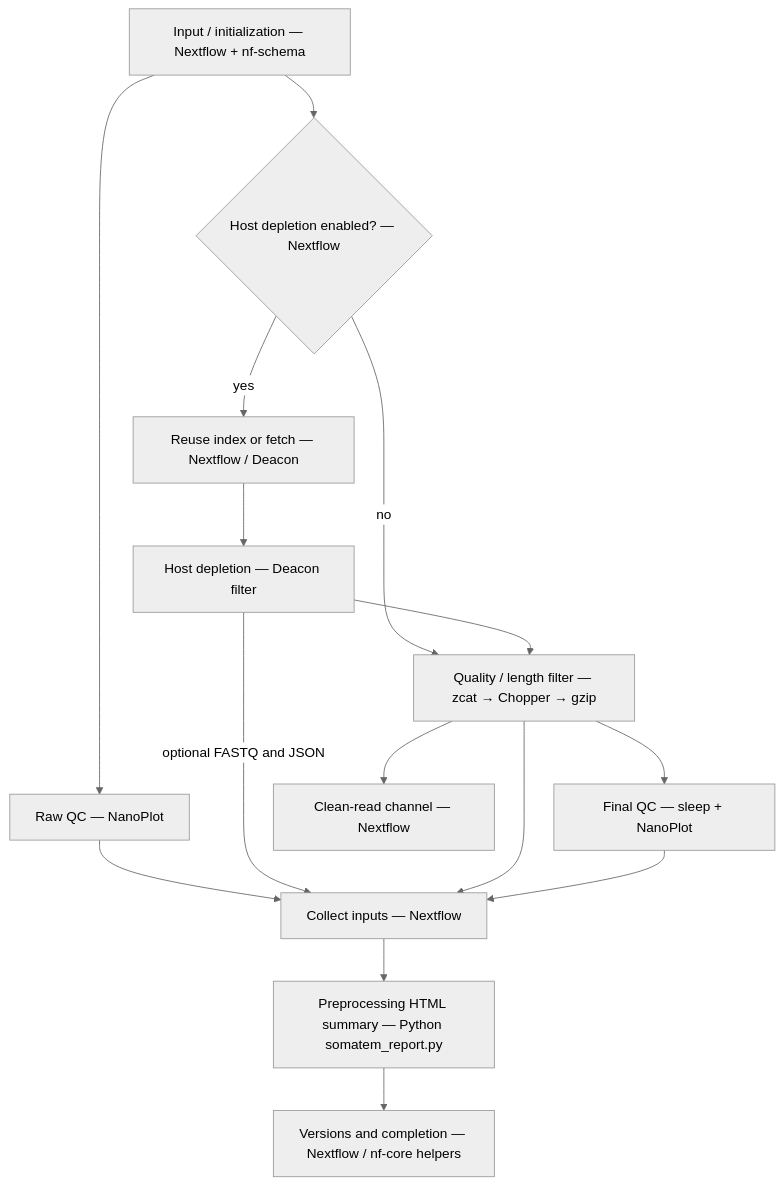
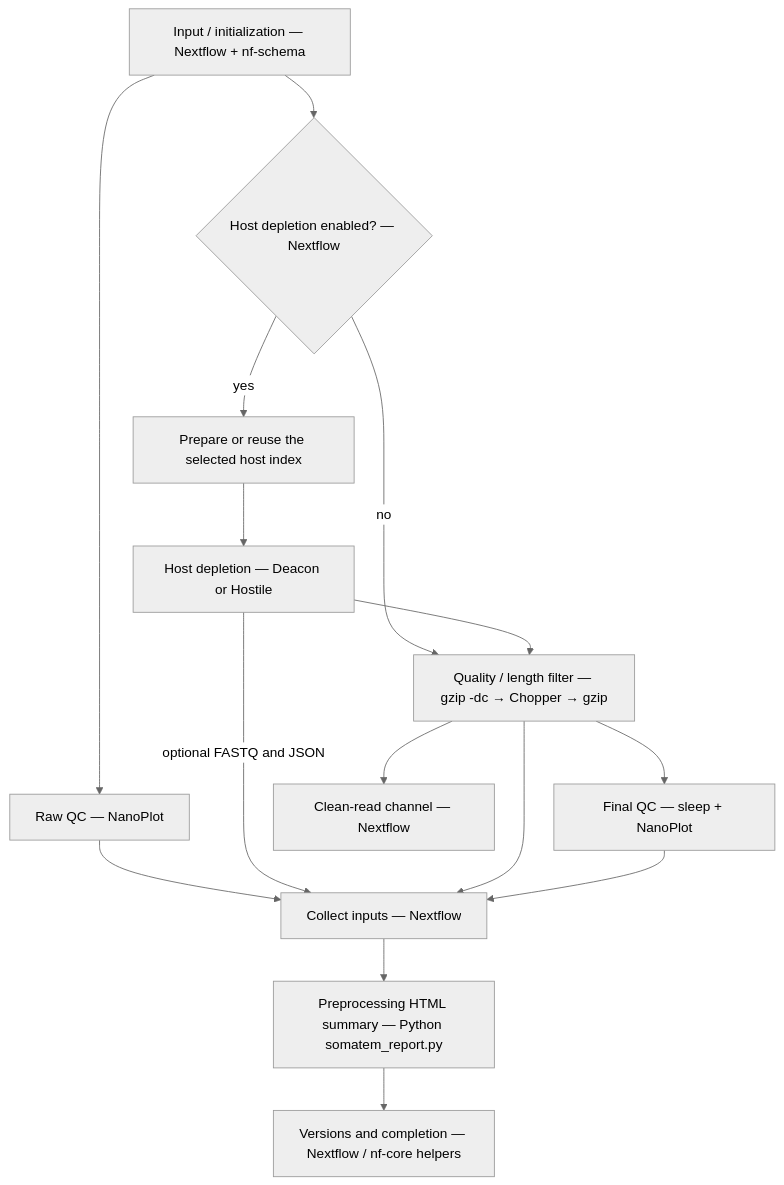
One commit to treangenlab/somatem changed the second of 17 diagrams in docs/workflow-breakdown.md. Above: the diagram before and after it, drawn with Mermaid (neutral theme). The commit also changed other lines of this file and 15 other files, not shown here.

Commit message:
add hostile back for host genomes with no pan

````diff
--- a/docs/workflow-breakdown.md
+++ b/docs/workflow-breakdown.md
@@ -82,17 +82,17 @@
 ```mermaid
 flowchart TD
     P0["Input / initialization — Nextflow + nf-schema"] --> P1["Raw QC — NanoPlot"]
     P0 --> P2{"Host depletion enabled? — Nextflow"}
-    P2 -->|yes| P3["Reuse index or fetch — Nextflow / Deacon"]
-    P3 --> P4["Host depletion — Deacon filter"]
-    P2 -->|no| P5["Quality / length filter — zcat → Chopper → gzip"]
+    P2 -->|yes| P3["Prepare or reuse the selected host index"]
+    P3 --> P4["Host depletion — Deacon or Hostile"]
+    P2 -->|no| P5["Quality / length filter — gzip -dc → Chopper → gzip"]
     P4 --> P5
     P5 --> P6["Final QC — sleep + NanoPlot"]
     P1 --> P7["Collect inputs — Nextflow"]
     P4 -->|optional FASTQ and JSON| P7
     P5 --> P7
     P6 --> P7
     P7 --> P8["Preprocessing HTML summary — Python somatem_report.py"]
     P5 --> P9["Clean-read channel — Nextflow"]
     P8 --> P10["Versions and completion — Nextflow / nf-core helpers"]
 ```
````
